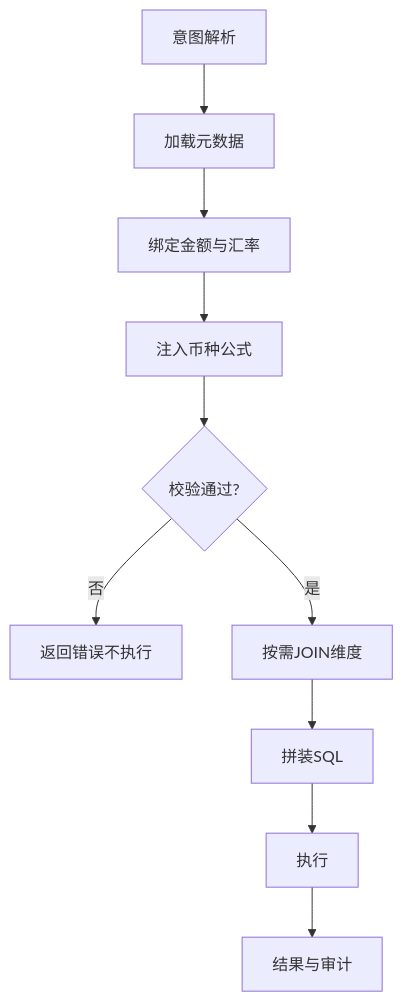
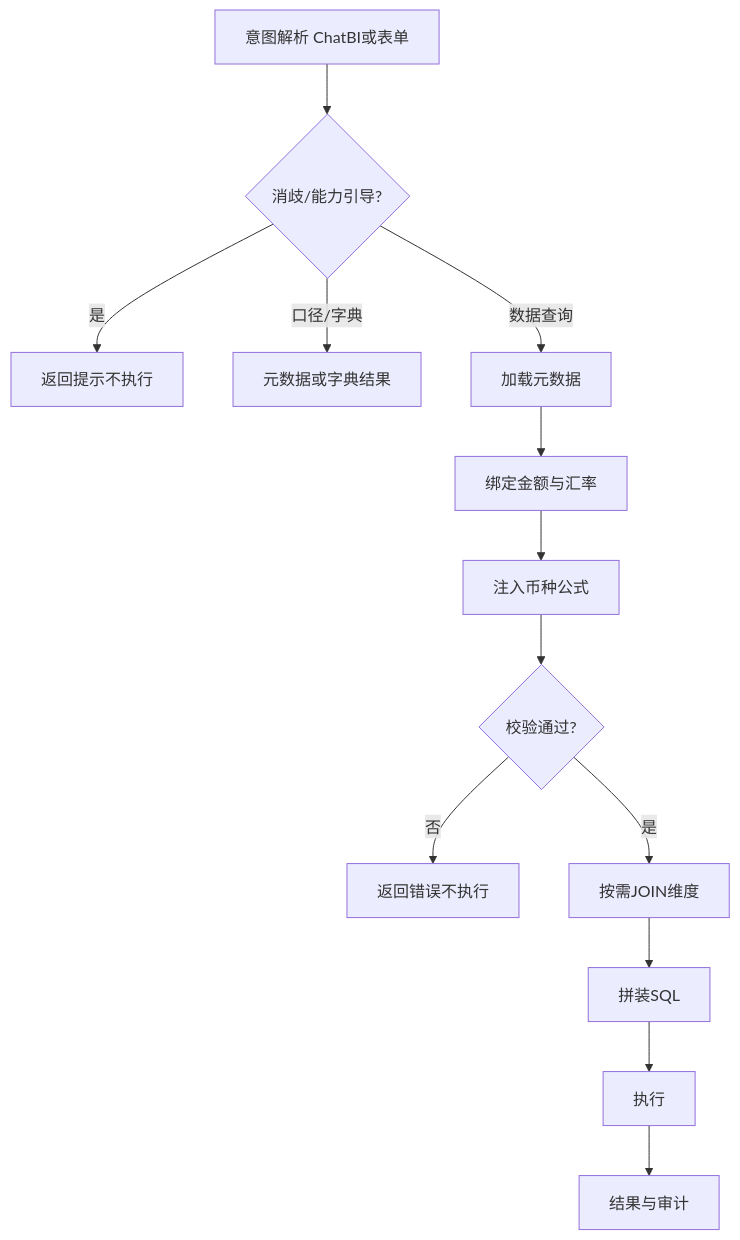
Before and after one commit to huanglin983/askdata: the third of 3 diagrams in doc/01_技术方案.md, drawn with Mermaid. The commit also changed other lines of this file and 3 other files, not shown here.

````diff
--- a/doc/01_技术方案.md
+++ b/doc/01_技术方案.md
@@ -120,12 +124,15 @@
 ```mermaid
 flowchart TD
-  A[意图解析] --> B[加载元数据]
+  A[意图解析 ChatBI或表单] --> A2{消歧/能力引导?}
+  A2 -->|是| X0[返回提示不执行]
+  A2 -->|口径/字典| M[元数据或字典结果]
+  A2 -->|数据查询| B[加载元数据]
   B --> C[绑定金额与汇率]
   C --> D[注入币种公式]
   D --> E{校验通过?}
   E -->|否| X[返回错误不执行]
   E -->|是| F[按需JOIN维度]
   F --> G[拼装SQL]
   G --> H[执行]
   H --> I[结果与审计]
 ```
````
